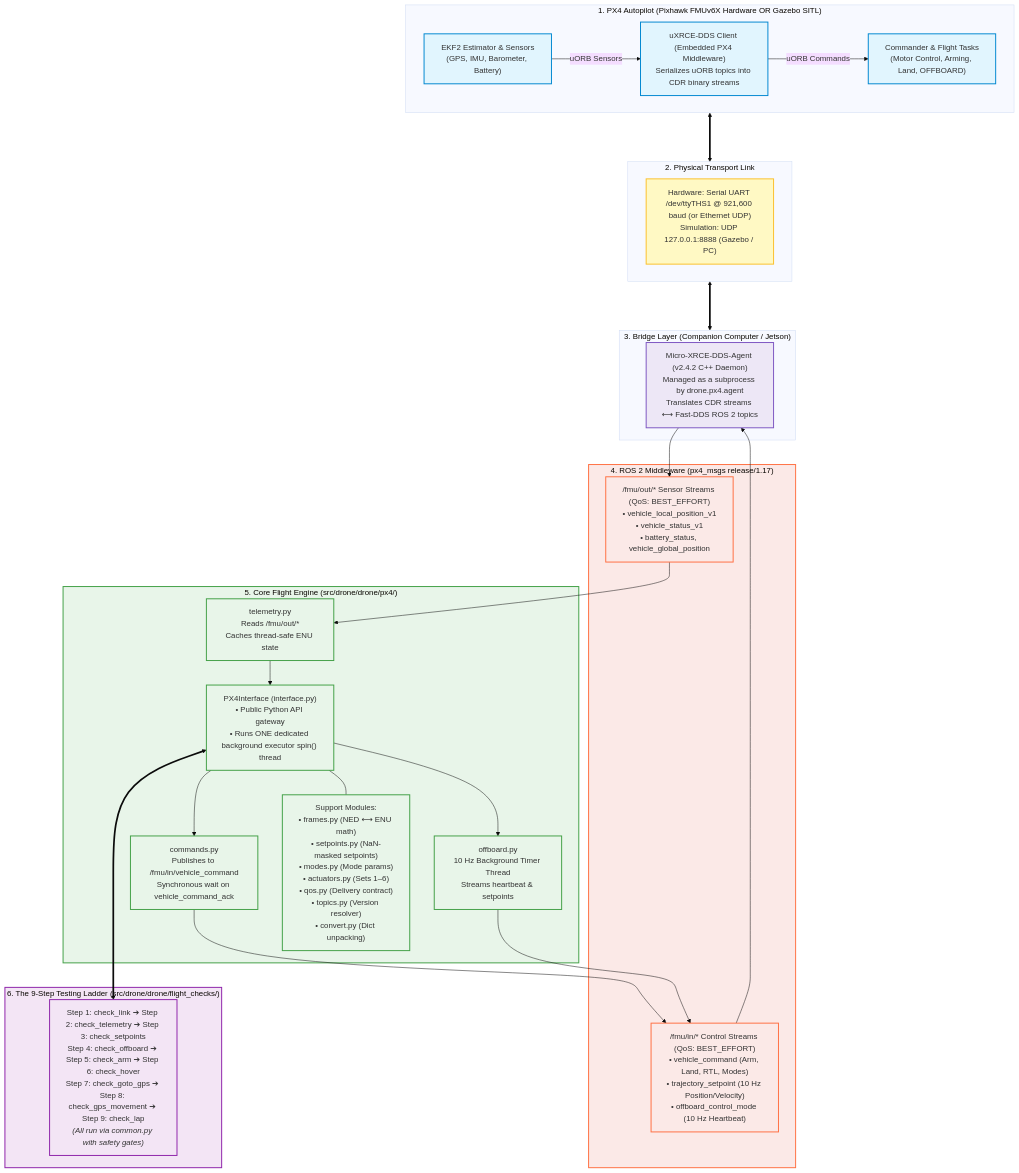
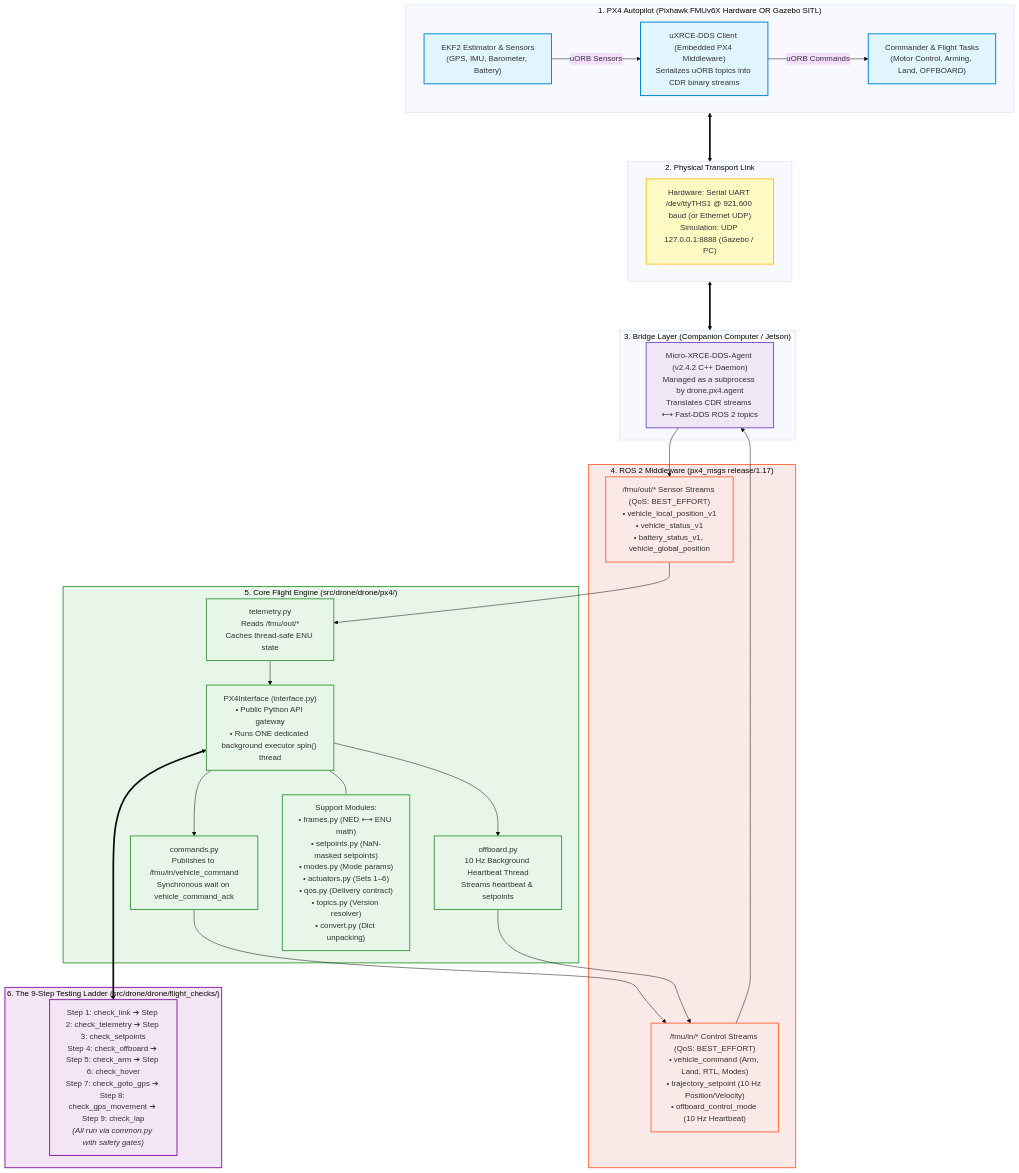
The diagram in docs/architecture.md (mcgill-robotics/drone-2027), drawn with Mermaid (base theme) before and after one commit. The commit also changed other lines of this file and 3 other files, not shown here.

First line of the commit message:
docs: correct architecture pipelines, topic names and check descriptions

````diff
--- a/docs/architecture.md
+++ b/docs/architecture.md
@@ -11,61 +11,61 @@
 ```mermaid
 flowchart TD
     classDef autopilot fill:#e1f5fe,stroke:#0288d1,stroke-width:2px;
     classDef link fill:#fff9c4,stroke:#fbc02d,stroke-width:2px;
     classDef bridge fill:#ede7f6,stroke:#7e57c2,stroke-width:2px;
     classDef ros fill:#fbe9e7,stroke:#ff7043,stroke-width:2px;
     classDef engine fill:#e8f5e9,stroke:#43a047,stroke-width:2px;
     classDef ladder fill:#f3e5f5,stroke:#8e24aa,stroke-width:2px;
 
     subgraph STAGE1["1. PX4 Autopilot (Pixhawk FMUv6X Hardware OR Gazebo SITL)"]
         PX4_SENSORS["EKF2 Estimator & Sensors<br/>(GPS, IMU, Barometer, Battery)"]
         PX4_CLIENT["uXRCE-DDS Client (Embedded PX4 Middleware)<br/>Serializes uORB topics into CDR binary streams"]
         PX4_CTRL["Commander & Flight Tasks<br/>(Motor Control, Arming, Land, OFFBOARD)"]
         PX4_SENSORS -->|uORB Sensors| PX4_CLIENT
         PX4_CLIENT -->|uORB Commands| PX4_CTRL
     end
     class STAGE1,PX4_SENSORS,PX4_CLIENT,PX4_CTRL autopilot;
 
     subgraph STAGE2["2. Physical Transport Link"]
         PHYS_LINK["Hardware: Serial UART /dev/ttyTHS1 @ 921,600 baud (or Ethernet UDP)<br/>Simulation: UDP 127.0.0.1:8888 (Gazebo / PC)"]
     end
     class STAGE2,PHYS_LINK link;
 
     subgraph STAGE3["3. Bridge Layer (Companion Computer / Jetson)"]
         DDS_AGENT["Micro-XRCE-DDS-Agent (v2.4.2 C++ Daemon)<br/>Managed as a subprocess by drone.px4.agent<br/>Translates CDR streams ⟷ Fast-DDS ROS 2 topics"]
     end
     class STAGE3,DDS_AGENT bridge;
 
     subgraph STAGE4["4. ROS 2 Middleware (px4_msgs release/1.17)"]
-        FMU_OUT["/fmu/out/* Sensor Streams (QoS: BEST_EFFORT)<br/>• vehicle_local_position_v1<br/>• vehicle_status_v1<br/>• battery_status, vehicle_global_position"]
+        FMU_OUT["/fmu/out/* Sensor Streams (QoS: BEST_EFFORT)<br/>• vehicle_local_position_v1<br/>• vehicle_status_v1<br/>• battery_status_v1, vehicle_global_position"]
         FMU_IN["/fmu/in/* Control Streams (QoS: BEST_EFFORT)<br/>• vehicle_command (Arm, Land, RTL, Modes)<br/>• trajectory_setpoint (10 Hz Position/Velocity)<br/>• offboard_control_mode (10 Hz Heartbeat)"]
     end
     class STAGE4,FMU_OUT,FMU_IN ros;
 
     subgraph STAGE5["5. Core Flight Engine (src/drone/drone/px4/)"]
         PX4_IFACE["PX4Interface (interface.py)<br/>• Public Python API gateway<br/>• Runs ONE dedicated background executor spin() thread"]
         
         TEL["telemetry.py<br/>Reads /fmu/out/*<br/>Caches thread-safe ENU state"]
         CMD["commands.py<br/>Publishes to /fmu/in/vehicle_command<br/>Synchronous wait on vehicle_command_ack"]
-        OFF["offboard.py<br/>10 Hz Background Timer Thread<br/>Streams heartbeat & setpoints"]
+        OFF["offboard.py<br/>10 Hz Background Heartbeat Thread<br/>Streams heartbeat & setpoints"]
         
         HELPERS["Support Modules:<br/>• frames.py (NED ⟷ ENU math)<br/>• setpoints.py (NaN-masked setpoints)<br/>• modes.py (Mode params)<br/>• actuators.py (Sets 1–6)<br/>• qos.py (Delivery contract)<br/>• topics.py (Version resolver)<br/>• convert.py (Dict unpacking)"]
         
         FMU_OUT --> TEL
         TEL --> PX4_IFACE
         PX4_IFACE --> CMD --> FMU_IN
         PX4_IFACE --> OFF --> FMU_IN
         PX4_IFACE --- HELPERS
     end
     class STAGE5,PX4_IFACE,TEL,CMD,OFF,HELPERS engine;
 
     subgraph STAGE6["6. The 9-Step Testing Ladder (src/drone/drone/flight_checks/)"]
         LADDER["Step 1: check_link ➔ Step 2: check_telemetry ➔ Step 3: check_setpoints<br/>Step 4: check_offboard ➔ Step 5: check_arm ➔ Step 6: check_hover<br/>Step 7: check_goto_gps ➔ Step 8: check_gps_movement ➔ Step 9: check_lap<br/><i>(All run via common.py with safety gates)</i>"]
     end
     class STAGE6,LADDER ladder;
 
     STAGE1 <===> STAGE2 <===> STAGE3
     DDS_AGENT --> FMU_OUT
     FMU_IN --> DDS_AGENT
     PX4_IFACE <===> LADDER
 ```
````
